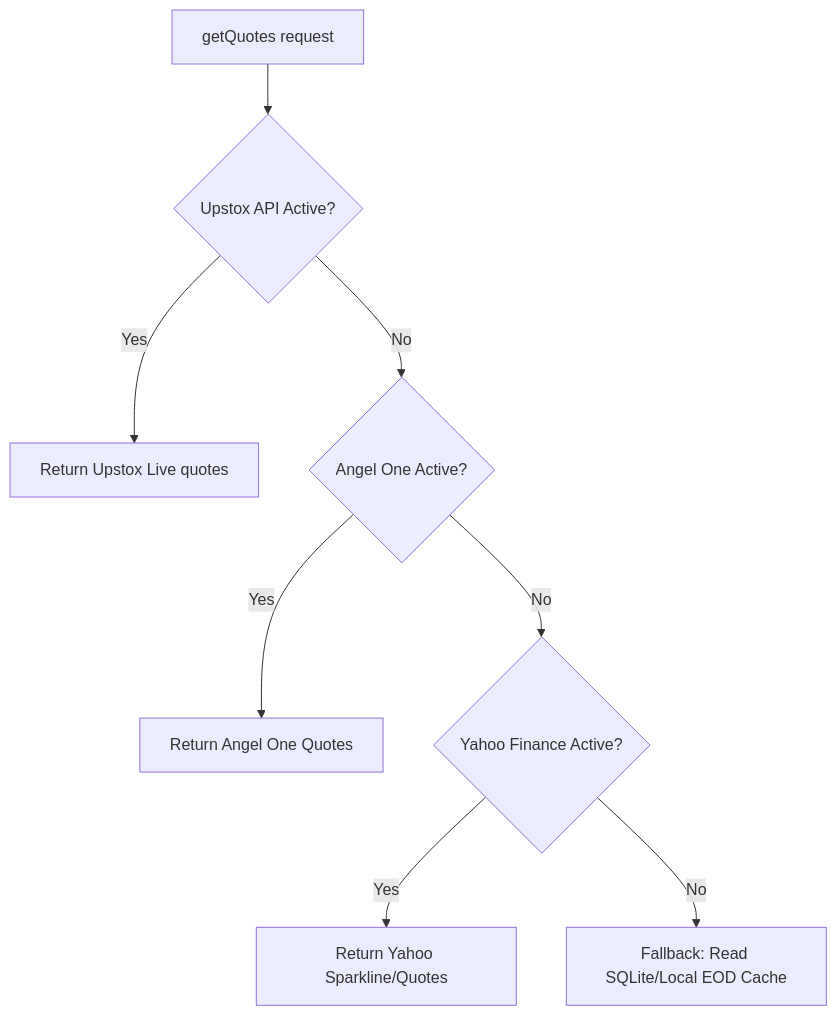
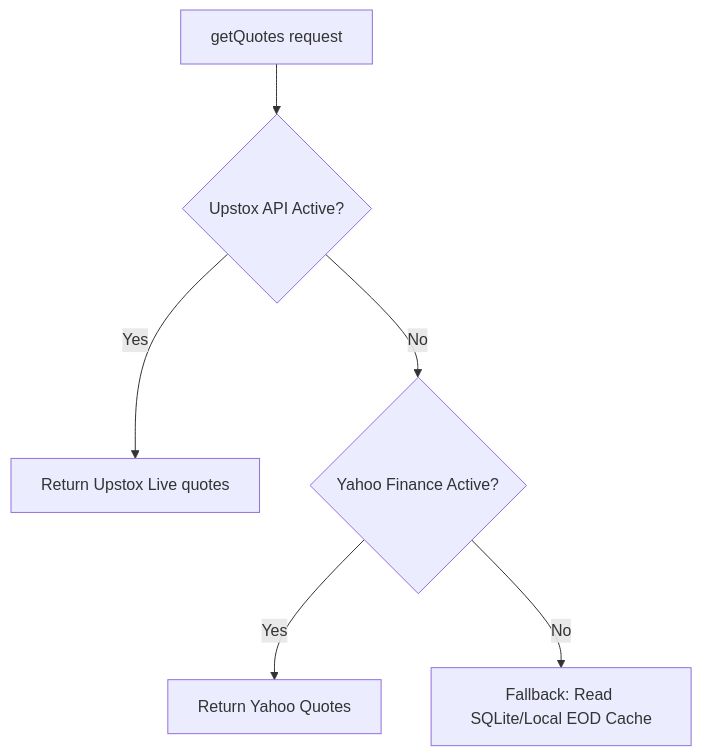
The first of 2 diagrams in PROJECT_SUMMARY.md (fahimrox/indiandeshboard), drawn with Mermaid before and after one commit. The commit also changed other lines of this file and 6 other files, not shown here.

````diff
--- a/PROJECT_SUMMARY.md
+++ b/PROJECT_SUMMARY.md
@@ -84,10 +84,8 @@
 ```mermaid
 graph TD
     A[getQuotes request] --> B{Upstox API Active?}
     B -- Yes --> C[Return Upstox Live quotes]
-    B -- No --> D{Angel One Active?}
-    D -- Yes --> E[Return Angel One Quotes]
-    D -- No --> F{Yahoo Finance Active?}
-    F -- Yes --> G[Return Yahoo Sparkline/Quotes]
-    F -- No --> H[Fallback: Read SQLite/Local EOD Cache]
+    B -- No --> D{Yahoo Finance Active?}
+    D -- Yes --> E[Return Yahoo Quotes]
+    D -- No --> F[Fallback: Read SQLite/Local EOD Cache]
 ```
````
